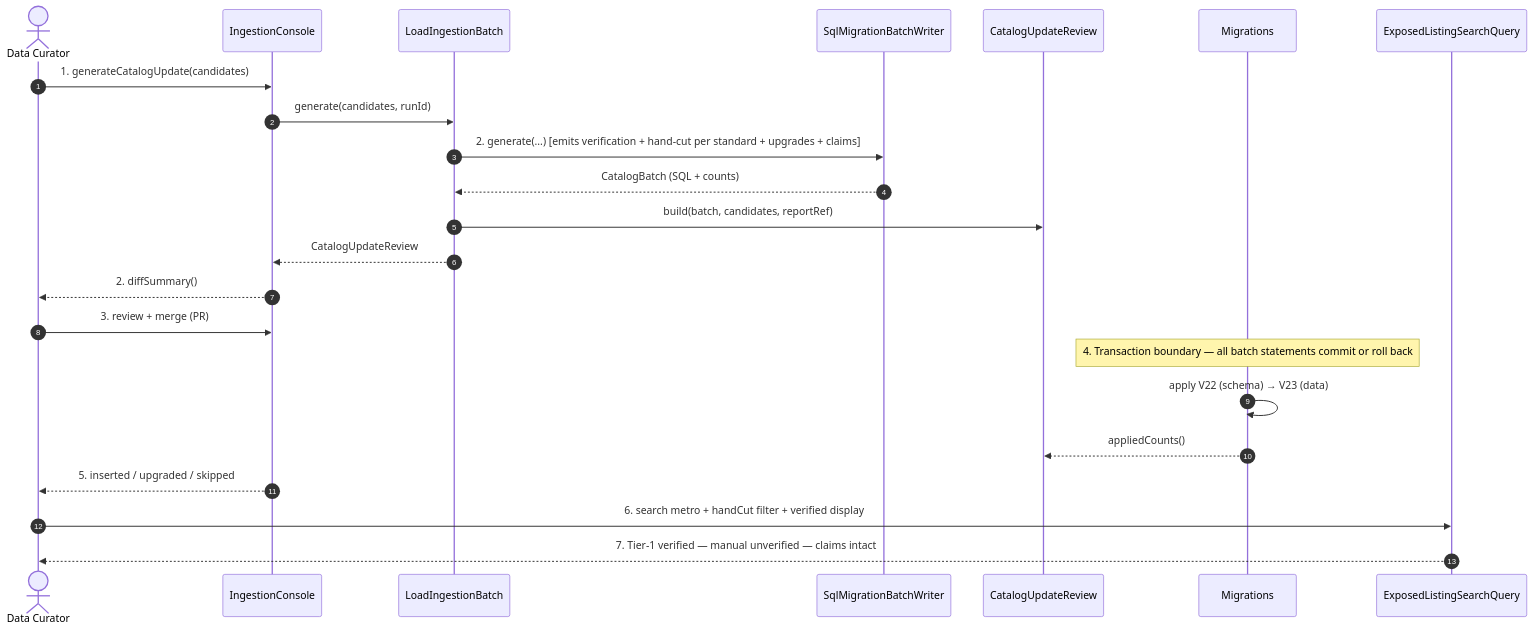
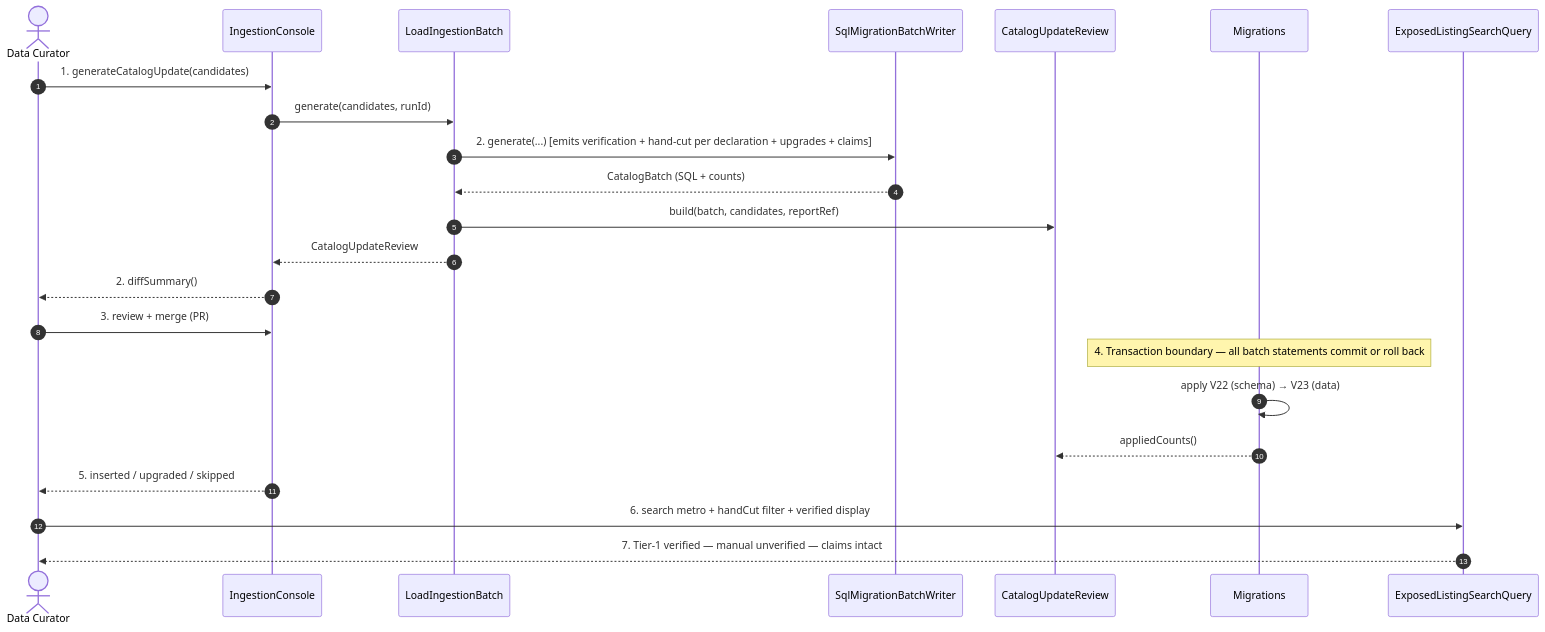
Before and after one commit to Losers-Lab/tahirs-list: the diagram in docs/features/SC-211/06-whitebox/UC-03-load-reviewed-batch.md, drawn with Mermaid. The commit also changed other lines of this file and 16 other files, not shown here.

````diff
--- a/docs/features/SC-211/06-whitebox/UC-03-load-reviewed-batch.md
+++ b/docs/features/SC-211/06-whitebox/UC-03-load-reviewed-batch.md
@@ -5,25 +5,25 @@
 ```mermaid
 sequenceDiagram
   autonumber
   actor DC as Data Curator
   participant CLI as IngestionConsole
   participant LOAD as LoadIngestionBatch
   participant WR as SqlMigrationBatchWriter
   participant REV as CatalogUpdateReview
   participant MIG as Migrations
   participant SEARCH as ExposedListingSearchQuery
   DC->>CLI: 1. generateCatalogUpdate(candidates)
   CLI->>LOAD: generate(candidates, runId)
-  LOAD->>WR: 2. generate(...) [emits verification + hand-cut per standard + upgrades + claims]
+  LOAD->>WR: 2. generate(...) [emits verification + hand-cut per declaration + upgrades + claims]
   WR-->>LOAD: CatalogBatch (SQL + counts)
   LOAD->>REV: build(batch, candidates, reportRef)
   LOAD-->>CLI: CatalogUpdateReview
   CLI-->>DC: 2. diffSummary()
   DC->>CLI: 3. review + merge (PR)
   Note over MIG: 4. Transaction boundary — all batch statements commit or roll back
   MIG->>MIG: apply V22 (schema) → V23 (data)
   MIG-->>REV: appliedCounts()
   CLI-->>DC: 5. inserted / upgraded / skipped
   DC->>SEARCH: 6. search metro + handCut filter + verified display
   SEARCH-->>DC: 7. Tier-1 verified — manual unverified — claims intact
 ```
````
